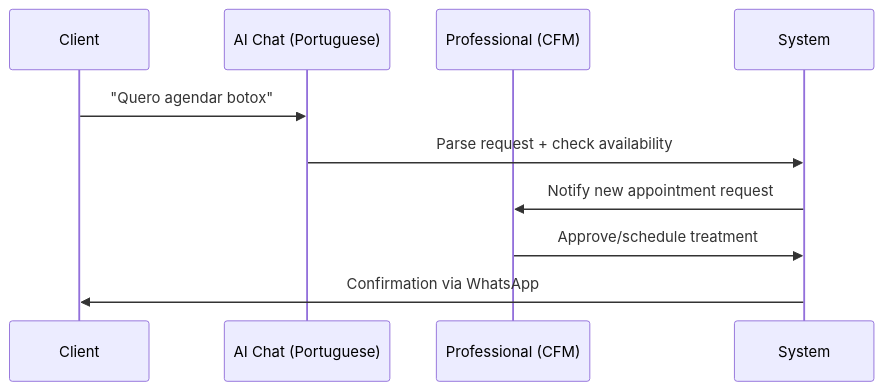
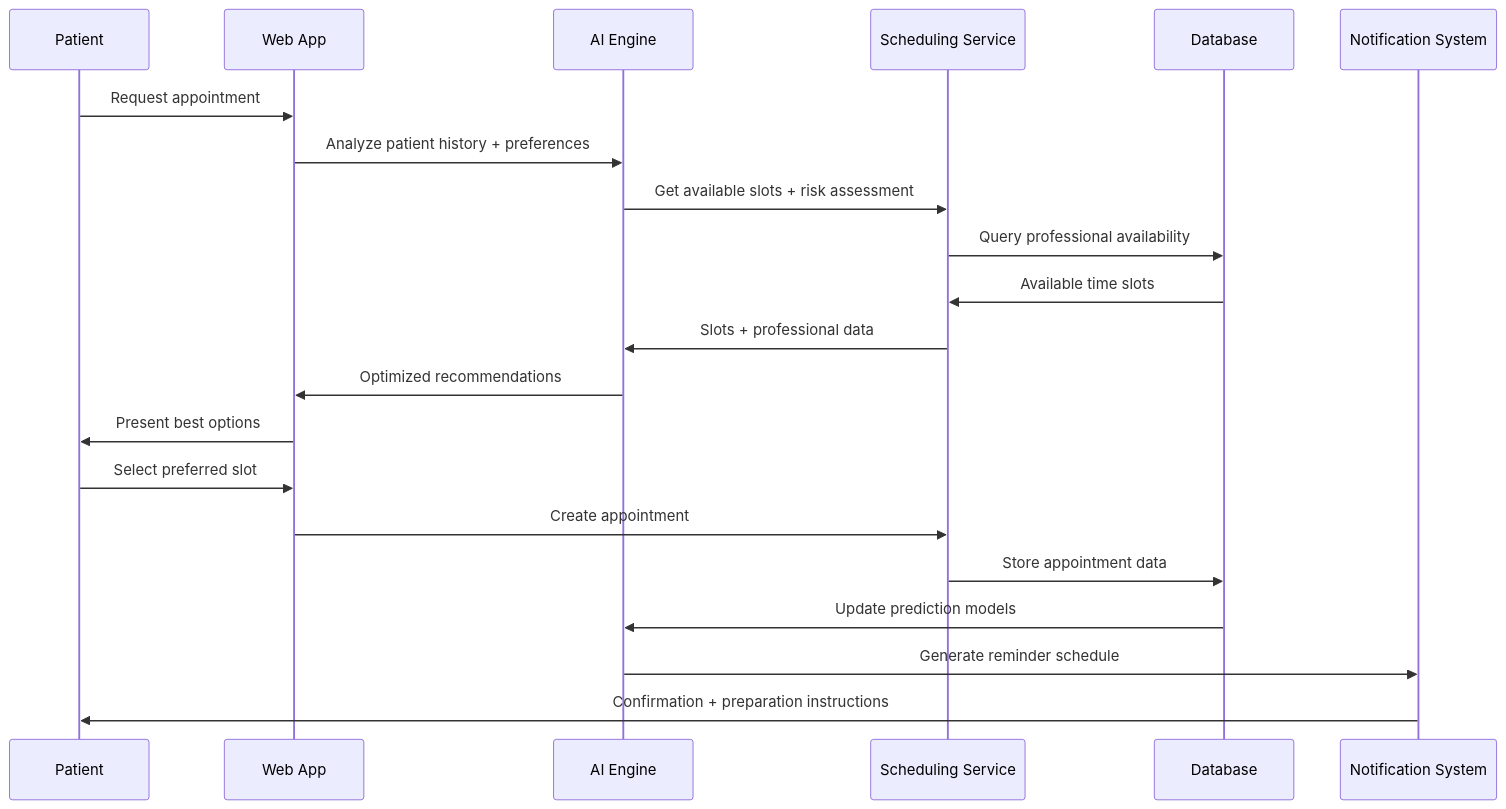
Before and after one commit to GrupoUS/neonpro: the fifth of 16 diagrams in docs/architecture/aesthetic-platform-flows.md, drawn with Mermaid. The commit also changed other lines of this file and 49 other files, not shown here.

````diff
--- a/docs/architecture/aesthetic-platform-flows.md
+++ b/docs/architecture/aesthetic-platform-flows.md
@@ -22,13 +330,24 @@
 ```mermaid
 sequenceDiagram
-    participant C as Client
-    participant AI as AI Chat (Portuguese)
-    participant P as Professional (CFM)
-    participant S as System
+    participant P as Patient
+    participant W as Web App
+    participant AI as AI Engine
+    participant S as Scheduling Service
+    participant DB as Database
+    participant N as Notification System
 
-    C->>AI: "Quero agendar botox"
-    AI->>S: Parse request + check availability
-    S->>P: Notify new appointment request
-    P->>S: Approve/schedule treatment
-    S->>C: Confirmation via WhatsApp
+    P->>W: Request appointment
+    W->>AI: Analyze patient history + preferences
+    AI->>S: Get available slots + risk assessment
+    S->>DB: Query professional availability
+    DB->>S: Available time slots
+    S->>AI: Slots + professional data
+    AI->>W: Optimized recommendations
+    W->>P: Present best options
+    P->>W: Select preferred slot
+    W->>S: Create appointment
+    S->>DB: Store appointment data
+    DB->>AI: Update prediction models
+    AI->>N: Generate reminder schedule
+    N->>P: Confirmation + preparation instructions
 ```
````
